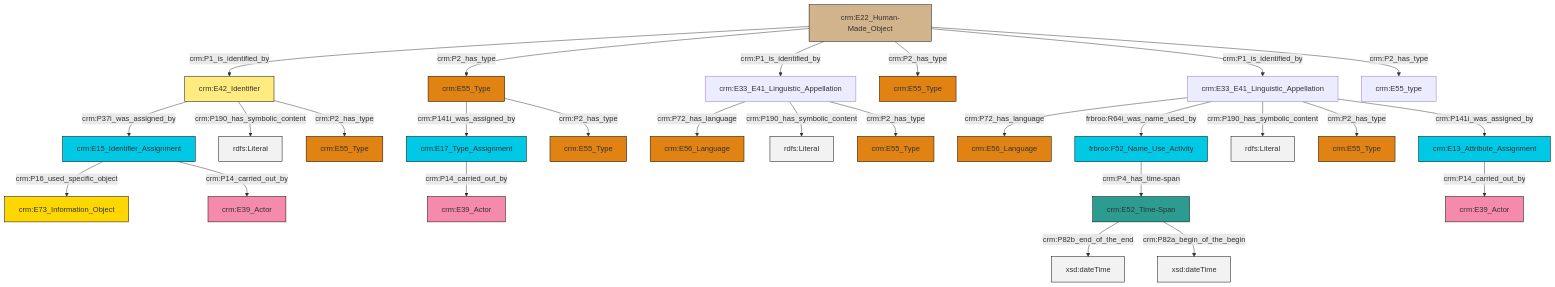
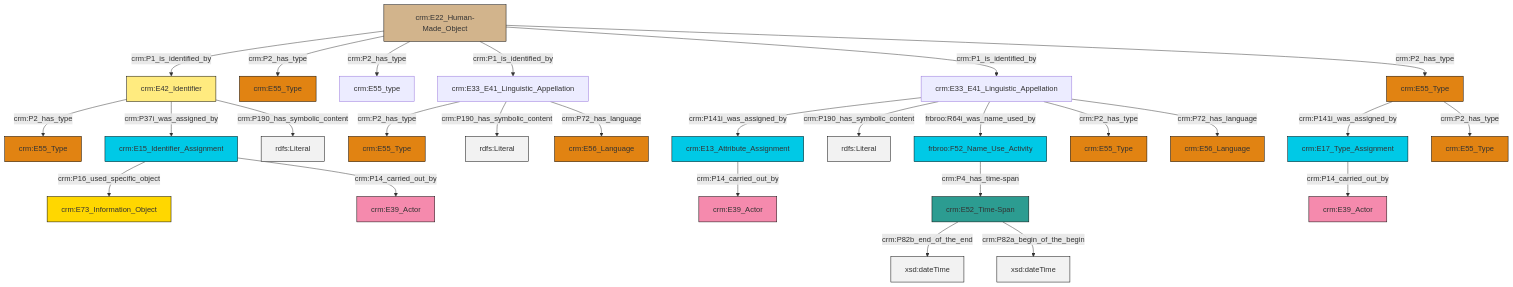
Before and after one commit to swiss-art-research-net/reference-data-models: the diagram in et/builtWorkCSV/ttl/mmd/Built_Work_Names.ttl.mmd, drawn with Mermaid. The commit also changed 121 other files, not shown here.

```diff
--- a/et/builtWorkCSV/ttl/mmd/Built_Work_Names.ttl.mmd
+++ b/et/builtWorkCSV/ttl/mmd/Built_Work_Names.ttl.mmd
@@ -1,41 +1,41 @@
 graph TD
 classDef Literal fill:#f2f2f2,stroke:#000000;
 classDef CRM_Entity fill:#FFFFFF,stroke:#000000;
 classDef Temporal_Entity fill:#00C9E6, stroke:#000000;
 classDef Type fill:#E18312, stroke:#000000;
 classDef Time-Span fill:#2C9C91, stroke:#000000;
 classDef Appellation fill:#FFEB7F, stroke:#000000;
 classDef Place fill:#008836, stroke:#000000;
 classDef Persistent_Item fill:#B266B2, stroke:#000000;
 classDef Conceptual_Object fill:#FFD700, stroke:#000000;
 classDef Physical_Thing fill:#D2B48C, stroke:#000000;
 classDef Actor fill:#f58aad, stroke:#000000;
 classDef PC_Classes fill:#4ce600, stroke:#000000;
 classDef Multi fill:#cccccc,stroke:#000000;
 
-0["crm:E33_E41_Linguistic_Appellation"]:::Default -->|crm:P72_has_language| 1["crm:E56_Language"]:::Type
-4["crm:E33_E41_Linguistic_Appellation"]:::Default -->|crm:P72_has_language| 5["crm:E56_Language"]:::Type
-4["crm:E33_E41_Linguistic_Appellation"]:::Default -->|frbroo:R64i_was_name_used_by| 6["frbroo:F52_Name_Use_Activity"]:::Temporal_Entity
-7["crm:E52_Time-Span"]:::Time-Span -->|crm:P82b_end_of_the_end| 9[xsd:dateTime]:::Literal
-6["frbroo:F52_Name_Use_Activity"]:::Temporal_Entity -->|crm:P4_has_time-span| 7["crm:E52_Time-Span"]:::Time-Span
-10["crm:E22_Human-Made_Object"]:::Physical_Thing -->|crm:P1_is_identified_by| 11["crm:E42_Identifier"]:::Appellation
-0["crm:E33_E41_Linguistic_Appellation"]:::Default -->|crm:P190_has_symbolic_content| 13[rdfs:Literal]:::Literal
-14["crm:E15_Identifier_Assignment"]:::Temporal_Entity -->|crm:P16_used_specific_object| 15["crm:E73_Information_Object"]:::Conceptual_Object
-4["crm:E33_E41_Linguistic_Appellation"]:::Default -->|crm:P190_has_symbolic_content| 18[rdfs:Literal]:::Literal
-10["crm:E22_Human-Made_Object"]:::Physical_Thing -->|crm:P2_has_type| 22["crm:E55_Type"]:::Type
-10["crm:E22_Human-Made_Object"]:::Physical_Thing -->|crm:P1_is_identified_by| 0["crm:E33_E41_Linguistic_Appellation"]:::Default
-4["crm:E33_E41_Linguistic_Appellation"]:::Default -->|crm:P2_has_type| 24["crm:E55_Type"]:::Type
-10["crm:E22_Human-Made_Object"]:::Physical_Thing -->|crm:P2_has_type| 27["crm:E55_Type"]:::Type
-22["crm:E55_Type"]:::Type -->|crm:P141i_was_assigned_by| 16["crm:E17_Type_Assignment"]:::Temporal_Entity
-10["crm:E22_Human-Made_Object"]:::Physical_Thing -->|crm:P1_is_identified_by| 4["crm:E33_E41_Linguistic_Appellation"]:::Default
-11["crm:E42_Identifier"]:::Appellation -->|crm:P37i_was_assigned_by| 14["crm:E15_Identifier_Assignment"]:::Temporal_Entity
-14["crm:E15_Identifier_Assignment"]:::Temporal_Entity -->|crm:P14_carried_out_by| 42["crm:E39_Actor"]:::Actor
-32["crm:E13_Attribute_Assignment"]:::Temporal_Entity -->|crm:P14_carried_out_by| 19["crm:E39_Actor"]:::Actor
-22["crm:E55_Type"]:::Type -->|crm:P2_has_type| 25["crm:E55_Type"]:::Type
-11["crm:E42_Identifier"]:::Appellation -->|crm:P190_has_symbolic_content| 48[rdfs:Literal]:::Literal
-11["crm:E42_Identifier"]:::Appellation -->|crm:P2_has_type| 44["crm:E55_Type"]:::Type
-16["crm:E17_Type_Assignment"]:::Temporal_Entity -->|crm:P14_carried_out_by| 35["crm:E39_Actor"]:::Actor
-7["crm:E52_Time-Span"]:::Time-Span -->|crm:P82a_begin_of_the_begin| 49[xsd:dateTime]:::Literal
-4["crm:E33_E41_Linguistic_Appellation"]:::Default -->|crm:P141i_was_assigned_by| 32["crm:E13_Attribute_Assignment"]:::Temporal_Entity
-10["crm:E22_Human-Made_Object"]:::Physical_Thing -->|crm:P2_has_type| 30["crm:E55_type"]:::Default
-0["crm:E33_E41_Linguistic_Appellation"]:::Default -->|crm:P2_has_type| 2["crm:E55_Type"]:::Type
+2["crm:E33_E41_Linguistic_Appellation"]:::Default -->|crm:P141i_was_assigned_by| 3["crm:E13_Attribute_Assignment"]:::Temporal_Entity
+6["crm:E17_Type_Assignment"]:::Temporal_Entity -->|crm:P14_carried_out_by| 7["crm:E39_Actor"]:::Actor
+8["crm:E15_Identifier_Assignment"]:::Temporal_Entity -->|crm:P16_used_specific_object| 9["crm:E73_Information_Object"]:::Conceptual_Object
+10["frbroo:F52_Name_Use_Activity"]:::Temporal_Entity -->|crm:P4_has_time-span| 11["crm:E52_Time-Span"]:::Time-Span
+2["crm:E33_E41_Linguistic_Appellation"]:::Default -->|crm:P190_has_symbolic_content| 12[rdfs:Literal]:::Literal
+13["crm:E22_Human-Made_Object"]:::Physical_Thing -->|crm:P1_is_identified_by| 14["crm:E42_Identifier"]:::Appellation
+4["crm:E33_E41_Linguistic_Appellation"]:::Default -->|crm:P2_has_type| 15["crm:E55_Type"]:::Type
+4["crm:E33_E41_Linguistic_Appellation"]:::Default -->|crm:P190_has_symbolic_content| 16[rdfs:Literal]:::Literal
+13["crm:E22_Human-Made_Object"]:::Physical_Thing -->|crm:P2_has_type| 17["crm:E55_Type"]:::Type
+3["crm:E13_Attribute_Assignment"]:::Temporal_Entity -->|crm:P14_carried_out_by| 21["crm:E39_Actor"]:::Actor
+4["crm:E33_E41_Linguistic_Appellation"]:::Default -->|crm:P72_has_language| 22["crm:E56_Language"]:::Type
+2["crm:E33_E41_Linguistic_Appellation"]:::Default -->|frbroo:R64i_was_name_used_by| 10["frbroo:F52_Name_Use_Activity"]:::Temporal_Entity
+2["crm:E33_E41_Linguistic_Appellation"]:::Default -->|crm:P2_has_type| 24["crm:E55_Type"]:::Type
+14["crm:E42_Identifier"]:::Appellation -->|crm:P2_has_type| 26["crm:E55_Type"]:::Type
+14["crm:E42_Identifier"]:::Appellation -->|crm:P37i_was_assigned_by| 8["crm:E15_Identifier_Assignment"]:::Temporal_Entity
+13["crm:E22_Human-Made_Object"]:::Physical_Thing -->|crm:P2_has_type| 28["crm:E55_type"]:::Default
+11["crm:E52_Time-Span"]:::Time-Span -->|crm:P82b_end_of_the_end| 33[xsd:dateTime]:::Literal
+14["crm:E42_Identifier"]:::Appellation -->|crm:P190_has_symbolic_content| 34[rdfs:Literal]:::Literal
+11["crm:E52_Time-Span"]:::Time-Span -->|crm:P82a_begin_of_the_begin| 35[xsd:dateTime]:::Literal
+2["crm:E33_E41_Linguistic_Appellation"]:::Default -->|crm:P72_has_language| 0["crm:E56_Language"]:::Type
+19["crm:E55_Type"]:::Type -->|crm:P141i_was_assigned_by| 6["crm:E17_Type_Assignment"]:::Temporal_Entity
+19["crm:E55_Type"]:::Type -->|crm:P2_has_type| 42["crm:E55_Type"]:::Type
+13["crm:E22_Human-Made_Object"]:::Physical_Thing -->|crm:P1_is_identified_by| 4["crm:E33_E41_Linguistic_Appellation"]:::Default
+13["crm:E22_Human-Made_Object"]:::Physical_Thing -->|crm:P1_is_identified_by| 2["crm:E33_E41_Linguistic_Appellation"]:::Default
+8["crm:E15_Identifier_Assignment"]:::Temporal_Entity -->|crm:P14_carried_out_by| 37["crm:E39_Actor"]:::Actor
+13["crm:E22_Human-Made_Object"]:::Physical_Thing -->|crm:P2_has_type| 19["crm:E55_Type"]:::Type
```
